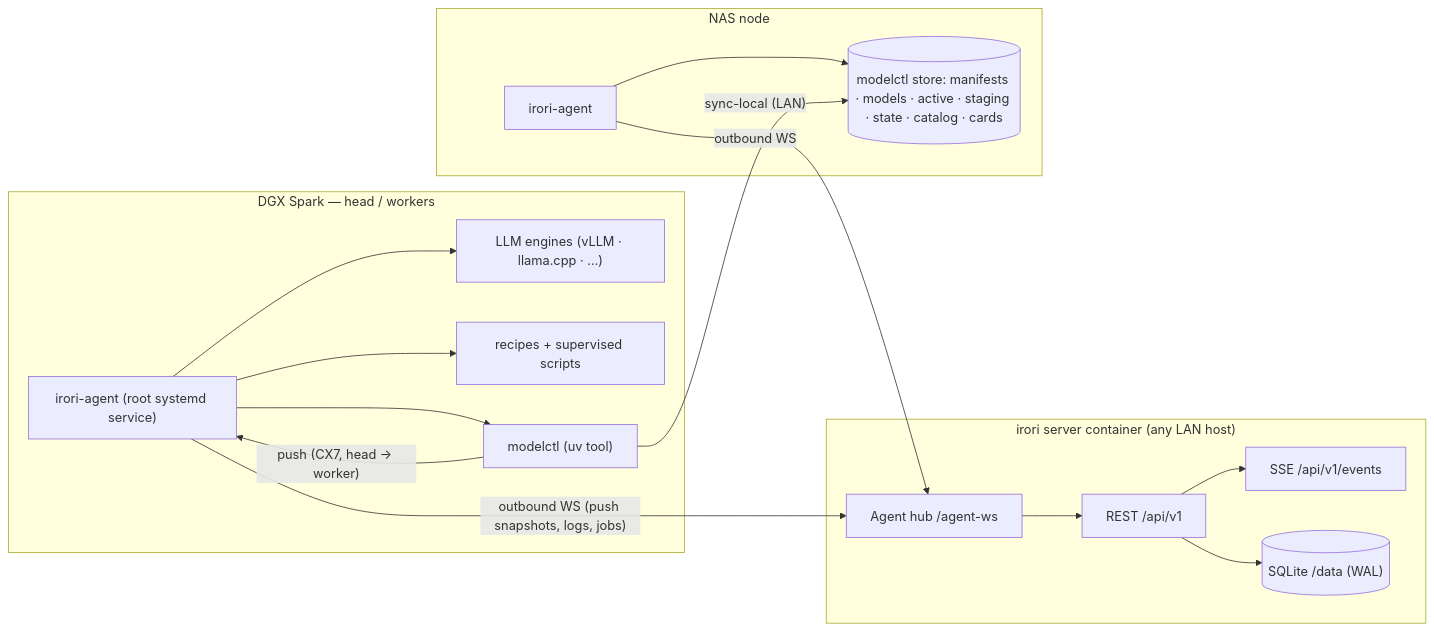
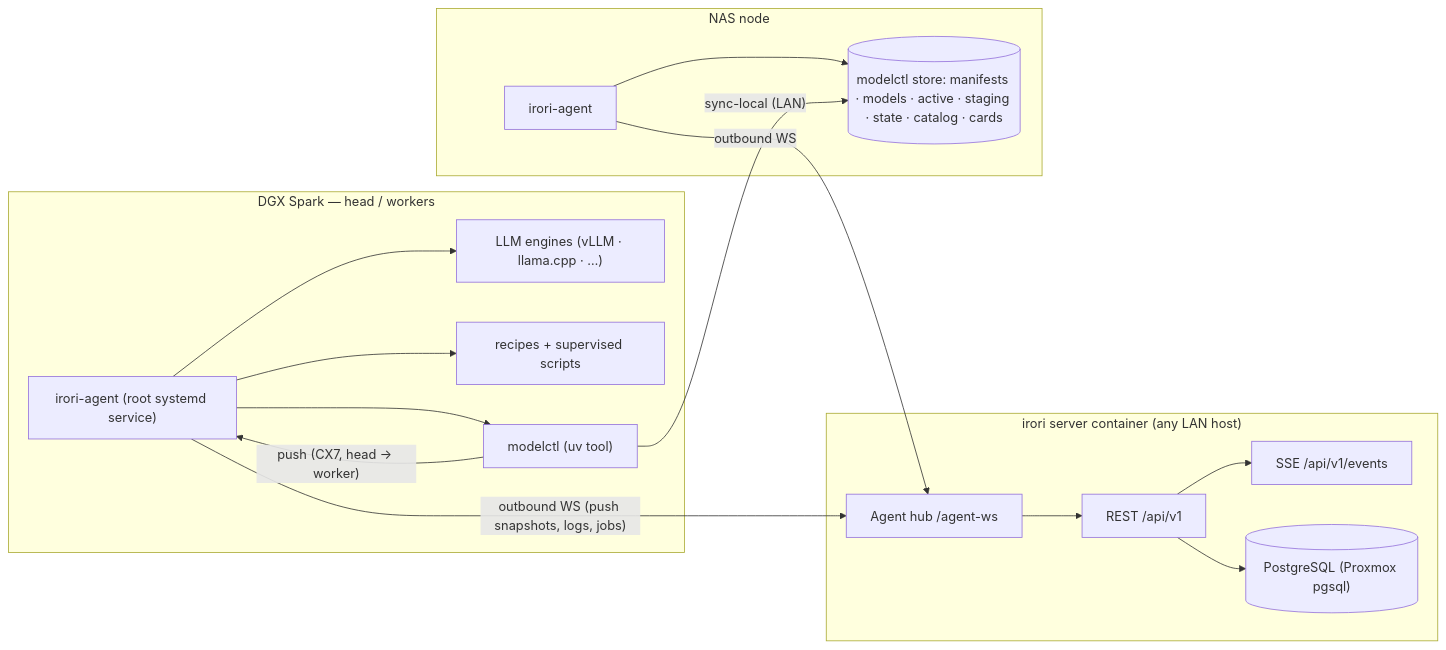
The diagram in docs/SPEC.md (BlasterSystems/irori), drawn with Mermaid before and after one commit. The commit also changed other lines of this file and 7 other files, not shown here.

First line of the commit message:
ADR-0002: PostgreSQL storage on the Proxmox pgsql server (replaces SQLite-first draft)

````diff
--- a/docs/SPEC.md
+++ b/docs/SPEC.md
@@ -70,30 +70,30 @@
 ```mermaid
 flowchart LR
     subgraph server["irori server container (any LAN host)"]
         API["REST /api/v1"]
         SSE["SSE /api/v1/events"]
         HUB["Agent hub /agent-ws"]
-        DB[("SQLite /data (WAL)")]
+        DB[("PostgreSQL (Proxmox pgsql)")]
     end
     subgraph spark["DGX Spark — head / workers"]
         AG1["irori-agent (root systemd service)"]
         ENG["LLM engines (vLLM · llama.cpp · …)"]
         RS["recipes + supervised scripts"]
         MC["modelctl (uv tool)"]
     end
     subgraph nas["NAS node"]
         AG2["irori-agent"]
         STORE[("modelctl store: manifests · models · active · staging · state · catalog · cards")]
     end
     AG1 -- "outbound WS (push snapshots, logs, jobs)" --> HUB
     AG2 -- "outbound WS" --> HUB
     HUB --> API
     API --> DB
     API --> SSE
     AG1 --> ENG
     AG1 --> RS
     AG1 --> MC
     AG2 --> STORE
     MC -- "sync-local (LAN)" --> STORE
     MC -- "push (CX7, head → worker)" --> AG1
 ```
````
